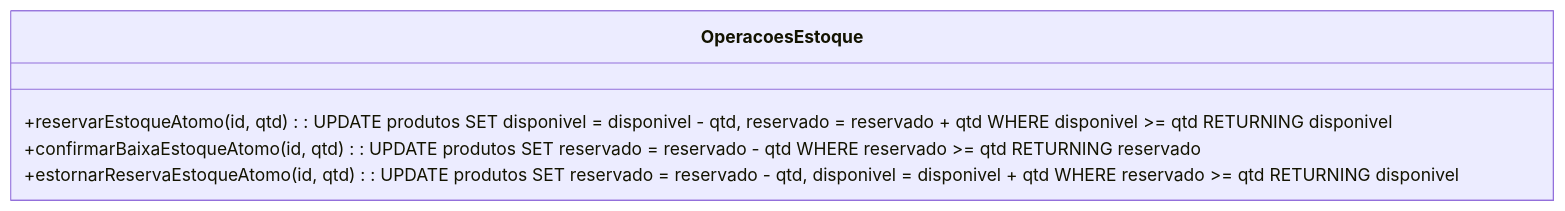
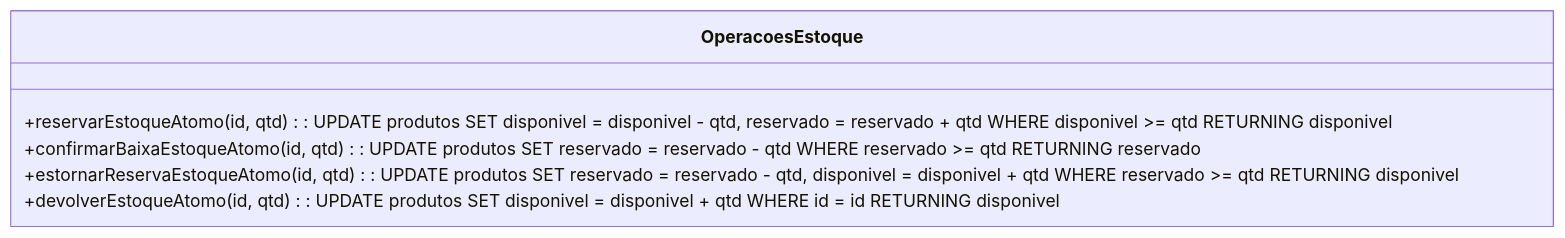
Before and after one commit to iXDGabrielTK/petshop-microservices: the second of 5 diagrams in docs/domains/inventory.md, drawn with Mermaid. The commit also changed other lines of this file and 59 other files, not shown here.

````diff
--- a/docs/domains/inventory.md
+++ b/docs/domains/inventory.md
@@ -43,8 +46,9 @@
 ```mermaid
 classDiagram
     class OperacoesEstoque {
         +reservarEstoqueAtomo(id, qtd) : UPDATE produtos SET disponivel = disponivel - qtd, reservado = reservado + qtd WHERE disponivel >= qtd RETURNING disponivel
         +confirmarBaixaEstoqueAtomo(id, qtd) : UPDATE produtos SET reservado = reservado - qtd WHERE reservado >= qtd RETURNING reservado
         +estornarReservaEstoqueAtomo(id, qtd) : UPDATE produtos SET reservado = reservado - qtd, disponivel = disponivel + qtd WHERE reservado >= qtd RETURNING disponivel
+        +devolverEstoqueAtomo(id, qtd) : UPDATE produtos SET disponivel = disponivel + qtd WHERE id = id RETURNING disponivel
     }
 ```
````
